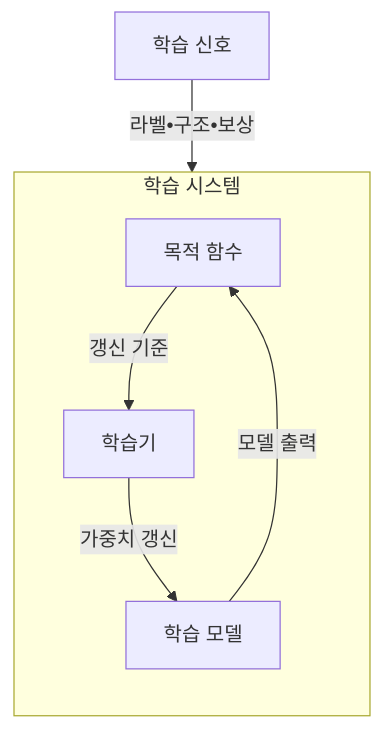
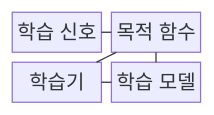
The first of 3 diagrams in src/content/docs/notes/01-basic-theory/048_learning_paradigms.md (agnusdei1207/knowledge-base), drawn with Mermaid before and after one commit. The commit also changed other lines of this file and 20 other files, not shown here.

````diff
--- a/src/content/docs/notes/01-basic-theory/048_learning_paradigms.md
+++ b/src/content/docs/notes/01-basic-theory/048_learning_paradigms.md
@@ -59,14 +56,12 @@
 ```mermaid
-flowchart TB
-    S[학습 신호]
-    subgraph L[학습 시스템]
-        direction TB
-        O[목적 함수]
-        T[학습기]
-        M[학습 모델]
-        O -->|갱신 기준| T
-        T -->|가중치 갱신| M
-    end
-    S -->|라벨•구조•보상| O
-    M -->|모델 출력| O
+block
+    columns 2
+    S["학습 신호"]
+    O["목적 함수"]
+    L["학습기"]
+    M["학습 모델"]
+    S --- O
+    O --- L
+    L --- M
+    M --- O
 ```
````
